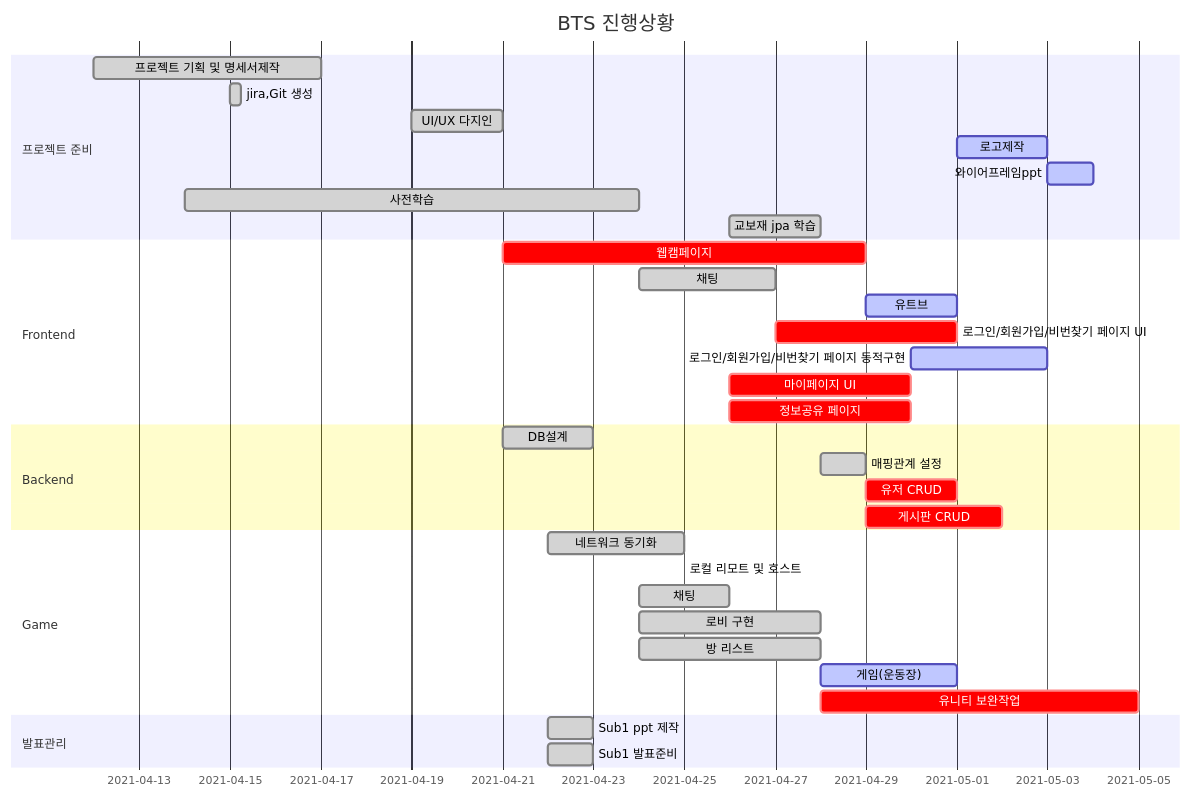
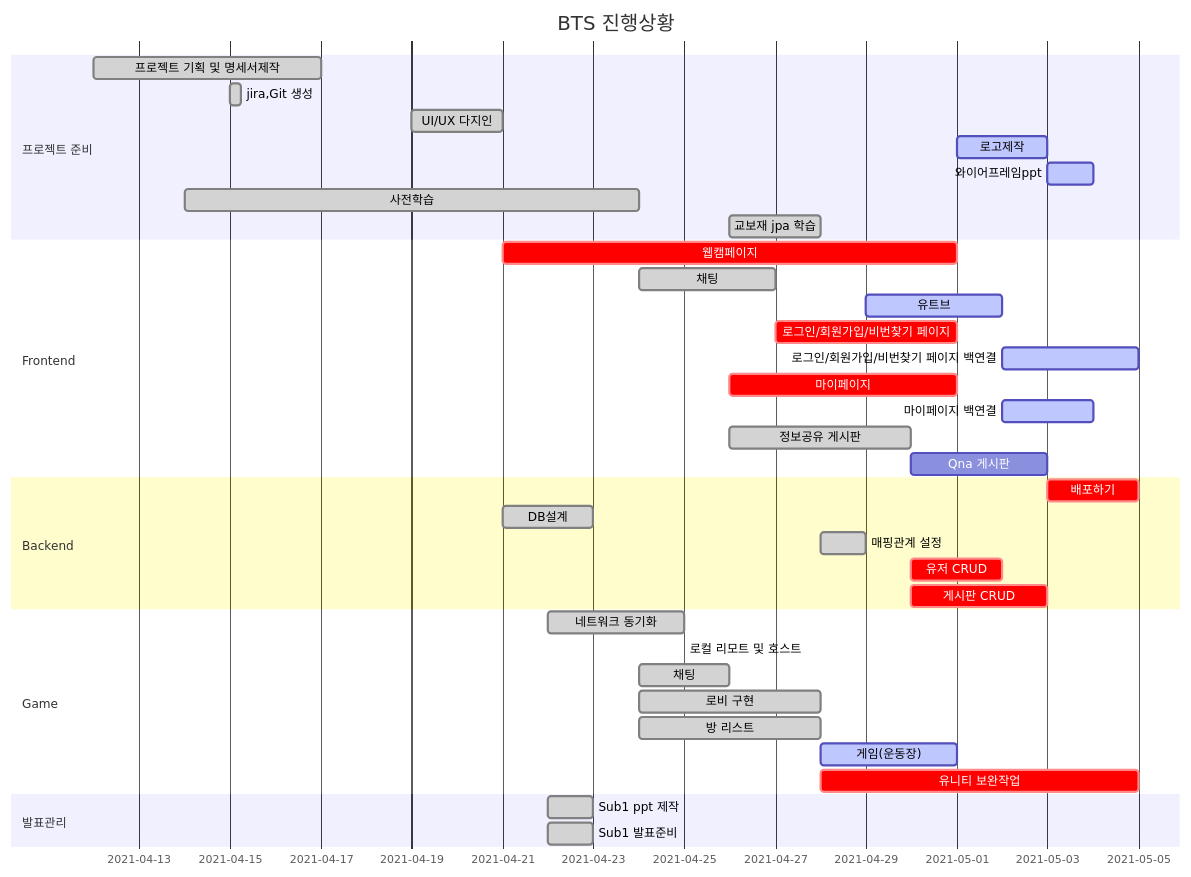
One commit to Luminousjiny/PJT_BTS changed the diagram in README.md. Above: the diagram before and after it, drawn with Mermaid.

Commit message:
간트차트 수정

````diff
--- a/README.md
+++ b/README.md
@@ -50,41 +50,44 @@
 ```mermaid
 gantt
     title BTS 진행상황
     dateFormat  YYYY-MM-DD
     section 프로젝트 준비
     프로젝트 기획 및 명세서제작 : done, 2021-04-12, 5d
     jira,Git 생성  :done, 2021-04-15, 6h
     UI/UX 다지인  : done,   2021-04-19, 2d
     로고제작 : active, 2021-05-01, 2d
     와이어프레임ppt : active, 2021-05-03, 1d
     사전학습  : done, 2021-04-14, 10d
     교보재 jpa 학습 : done, 2021-04-26, 2d
 
     section Frontend
-    웹캠페이지 : crit, 2021-04-21, 8d
+    웹캠페이지 : crit, 2021-04-21, 10d
     채팅 : done, 2021-04-24, 3d
-    유트브 : active, 2021-04-29, 2d
-    로그인/회원가입/비번찾기 페이지 UI : crit, 2021-04-27, 4d
-    로그인/회원가입/비번찾기 페이지 동적구현 : active, 2021-04-30, 3d
-    마이페이지 UI : crit, 2021-04-26, 4d
-    정보공유 페이지 : crit, 2021-04-26, 4d
+    유트브 : active, 2021-04-29, 3d
+    로그인/회원가입/비번찾기 페이지 : crit, 2021-04-27, 4d
+    로그인/회원가입/비번찾기 페이지 백연결 : active, 2021-05-02, 3d
+    마이페이지 : crit, 2021-04-26, 5d
+    마이페이지 백연결 : active, 2021-05-02, 2d
+    정보공유 게시판 : done, 2021-04-26, 4d
+    Qna 게시판 : cirt, 2021-04-30, 3d
     
     section Backend
+    배포하기 : crit, 2021-05-03, 2d
     DB설계 : done, 2021-04-21, 2d
     매핑관계 설정 : done, 2021-04-28, 1d
-    유저 CRUD : crit, 2021-04-29, 2d
-    게시판 CRUD : crit, 2021-04-29, 3d
+    유저 CRUD : crit, 2021-04-30, 2d
+    게시판 CRUD : crit, 2021-04-30, 3d
     
     section Game
 	네트워크 동기화 : done, 2021-04-22, 3d
 	로컬 리모트 및 호스트 : done, 2021-04-23 1d
 	채팅 : done, 2021-04-24, 2d
 	로비 구현 : done, 2021-04-24, 4d
     방 리스트 : done, 2021-04-24, 4d
     게임(운동장) : active, 2021-04-28,3d
     유니티 보완작업 : crit, 2021-04-28, 7d
     
     section 발표관리
     Sub1 ppt 제작 : done, 2021-04-22, 1d
     Sub1 발표준비 : done, 2021-04-22, 1d
 ```
````
